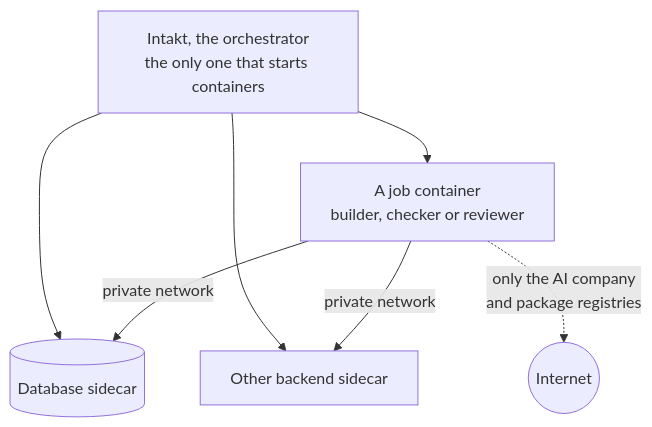
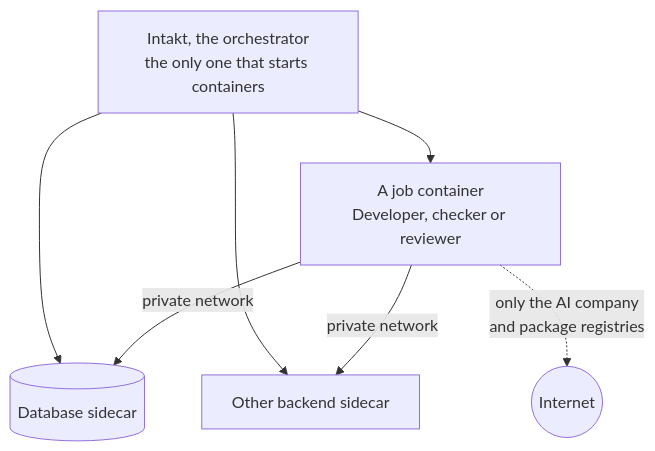
Before and after one commit to shinyredapples/intakt: the first of 2 diagrams in docs/guide/containers-and-services.md, drawn with Mermaid. The commit also changed other lines of this file and 22 other files, not shown here.

````diff
--- a/docs/guide/containers-and-services.md
+++ b/docs/guide/containers-and-services.md
@@ -7,9 +7,9 @@
 ```mermaid
 flowchart TD
-  intakt[Intakt, the orchestrator<br/>the only one that starts containers] --> job[A job container<br/>builder, checker or reviewer]
+  intakt[Intakt, the orchestrator<br/>the only one that starts containers] --> job[A job container<br/>Developer, checker or reviewer]
   intakt --> db[(Database sidecar)]
   intakt --> other[Other backend sidecar]
   job -- private network --> db
   job -- private network --> other
   job -. "only the AI company<br/>and package registries" .-> net((Internet))
 ```
````
